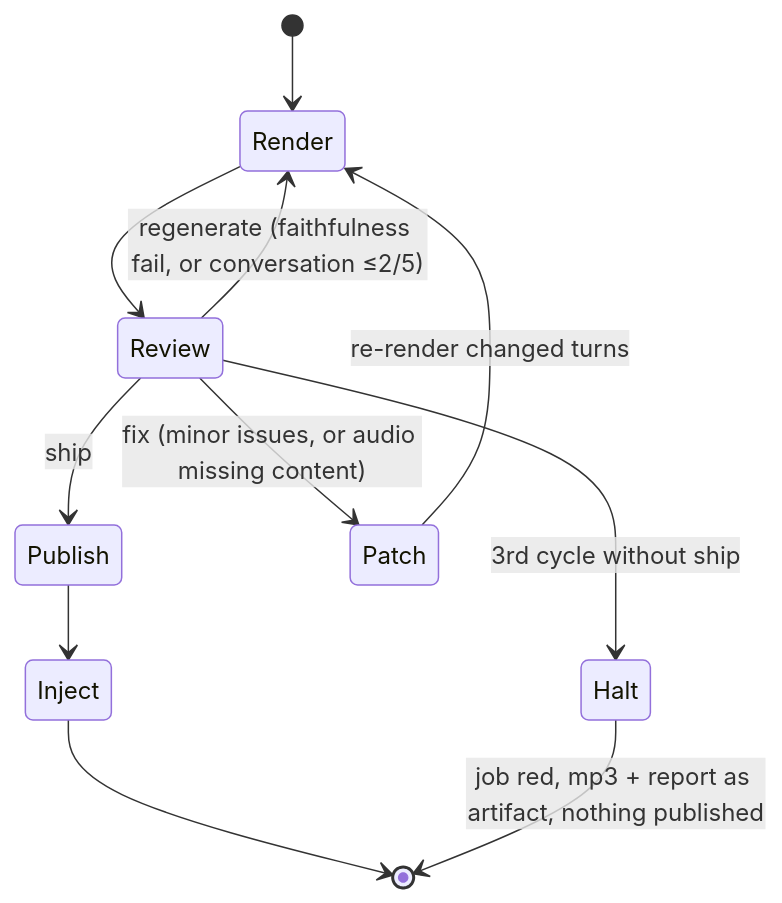
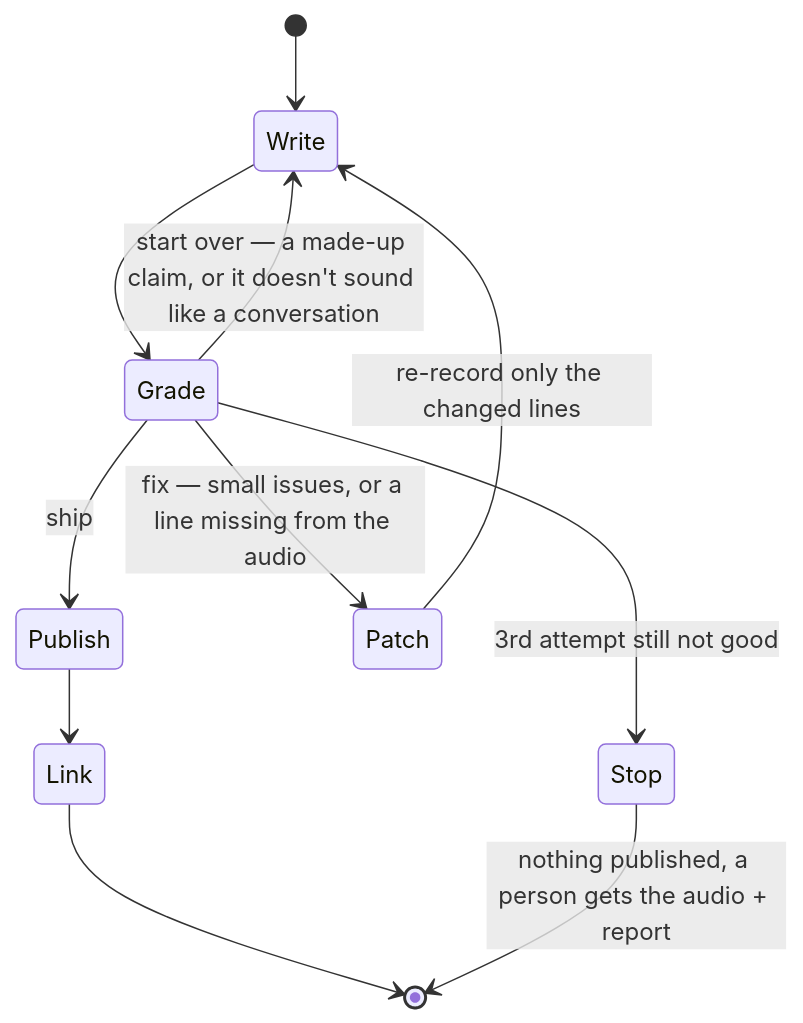
Before and after one commit to Matcry12/shipwithai-podcast-plugin: the fifth of 12 diagrams in docs/00-overview.md, drawn with Mermaid. The commit also changed other lines of this file, not shown here.

````diff
--- a/docs/00-overview.md
+++ b/docs/00-overview.md
@@ -128,13 +137,13 @@
 ```mermaid
 stateDiagram-v2
-    [*] --> Render
-    Render --> Review
-    Review --> Publish : ship
-    Review --> Patch : fix (minor issues, or audio missing content)
-    Review --> Render : regenerate (faithfulness fail, or conversation ≤2/5)
-    Patch --> Render : re-render changed turns
-    Review --> Halt : 3rd cycle without ship
-    Publish --> Inject
-    Inject --> [*]
-    Halt --> [*] : job red, mp3 + report as artifact, nothing published
+    [*] --> Write
+    Write --> Grade
+    Grade --> Publish : ship
+    Grade --> Patch : fix — small issues, or a line missing from the audio
+    Grade --> Write : start over — a made-up claim, or it doesn't sound like a conversation
+    Patch --> Write : re-record only the changed lines
+    Grade --> Stop : 3rd attempt still not good
+    Publish --> Link
+    Link --> [*]
+    Stop --> [*] : nothing published, a person gets the audio + report
 ```
````
